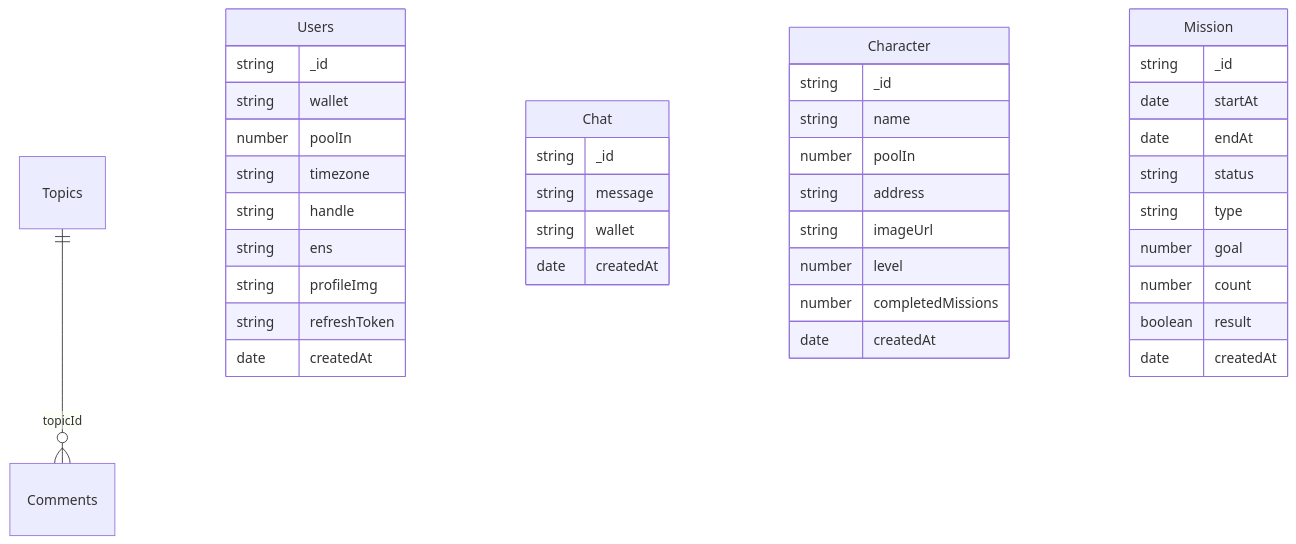
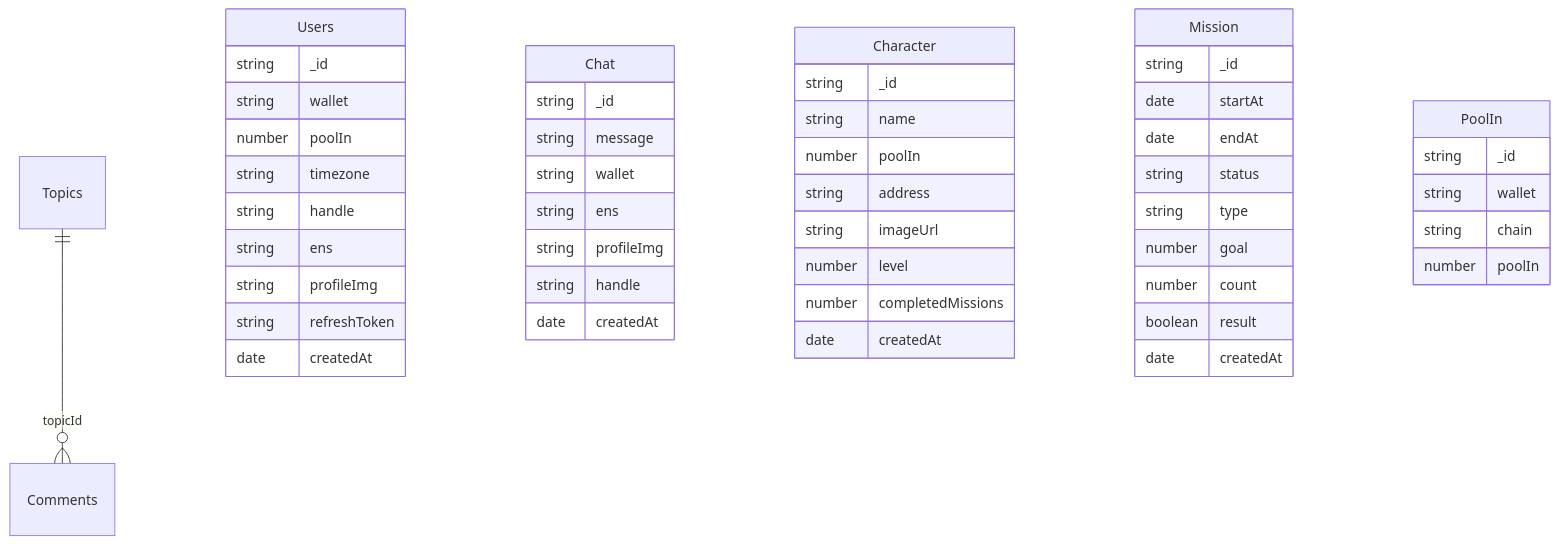
One commit to squad-labs/kumagotchi-server changed the diagram in webserver/README.md. Above: the diagram before and after it, drawn with Mermaid. The commit also changed 8 other files, not shown here.

````diff
--- a/webserver/README.md
+++ b/webserver/README.md
@@ -5,46 +5,56 @@
 ```mermaid
 erDiagram
   Topics ||--o{ Comments : topicId
 
   Users {
     string _id
     string wallet
     number poolIn
     string timezone
     string handle
     string ens
     string profileImg
     string refreshToken
     date createdAt
   }
 
   Chat {
     string _id
     string message
     string wallet
+    string ens
+    string profileImg
+    string handle
     date createdAt
   }
 
   Character {
     string _id
     string name
     number poolIn
     string address
     string imageUrl
     number level
     number completedMissions
     date createdAt
   }
 
   Mission {
     string _id
     date startAt
     date endAt
     string status
     string type
     number goal
     number count
     boolean result
     date createdAt
   }
+
+  PoolIn {
+    string _id
+    string wallet
+    string chain
+    number poolIn
+  }
 ```
````
